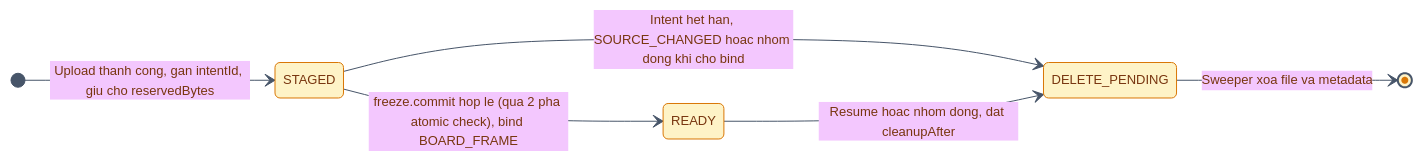
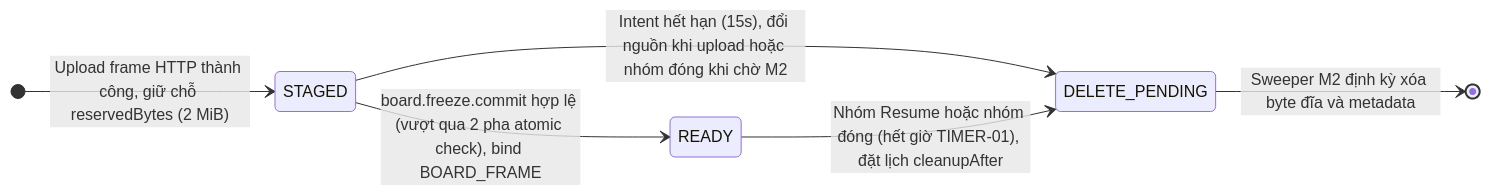
Before and after one commit to Lightning1507/CoLearnia: the third of 13 diagrams in docs/proposals/m5-board.md, drawn with Mermaid. The commit also changed other lines of this file, not shown here.

Commit message:
docs(board): align detailed design with mongodb standards and match m1-m4 diagram styling

````diff
--- a/docs/proposals/m5-board.md
+++ b/docs/proposals/m5-board.md
@@ -358,10 +332,9 @@
 ```mermaid
-%%{init: {"theme":"base","themeVariables":{"fontFamily":"Inter, Helvetica, Arial","fontSize":"13px","primaryColor":"#FEF3C7","primaryBorderColor":"#D97706","primaryTextColor":"#78350F","lineColor":"#475569"}}}%%
 stateDiagram-v2
   direction LR
-  [*] --> STAGED: Upload thanh cong, gan intentId, giu cho reservedBytes
-  STAGED --> READY: freeze.commit hop le (qua 2 pha atomic check), bind BOARD_FRAME
-  STAGED --> DELETE_PENDING: Intent het han, SOURCE_CHANGED hoac nhom dong khi cho bind
-  READY --> DELETE_PENDING: Resume hoac nhom dong, dat cleanupAfter
-  DELETE_PENDING --> [*]: Sweeper xoa file va metadata
+  [*] --> STAGED: Upload frame HTTP thành công, giữ chỗ reservedBytes (2 MiB)
+  STAGED --> READY: board.freeze.commit hợp lệ (vượt qua 2 pha atomic check), bind BOARD_FRAME
+  STAGED --> DELETE_PENDING: Intent hết hạn (15s), đổi nguồn khi upload hoặc nhóm đóng khi chờ M2
+  READY --> DELETE_PENDING: Nhóm Resume hoặc nhóm đóng (hết giờ TIMER-01), đặt lịch cleanupAfter
+  DELETE_PENDING --> [*]: Sweeper M2 định kỳ xóa byte đĩa và metadata
 ```
````
